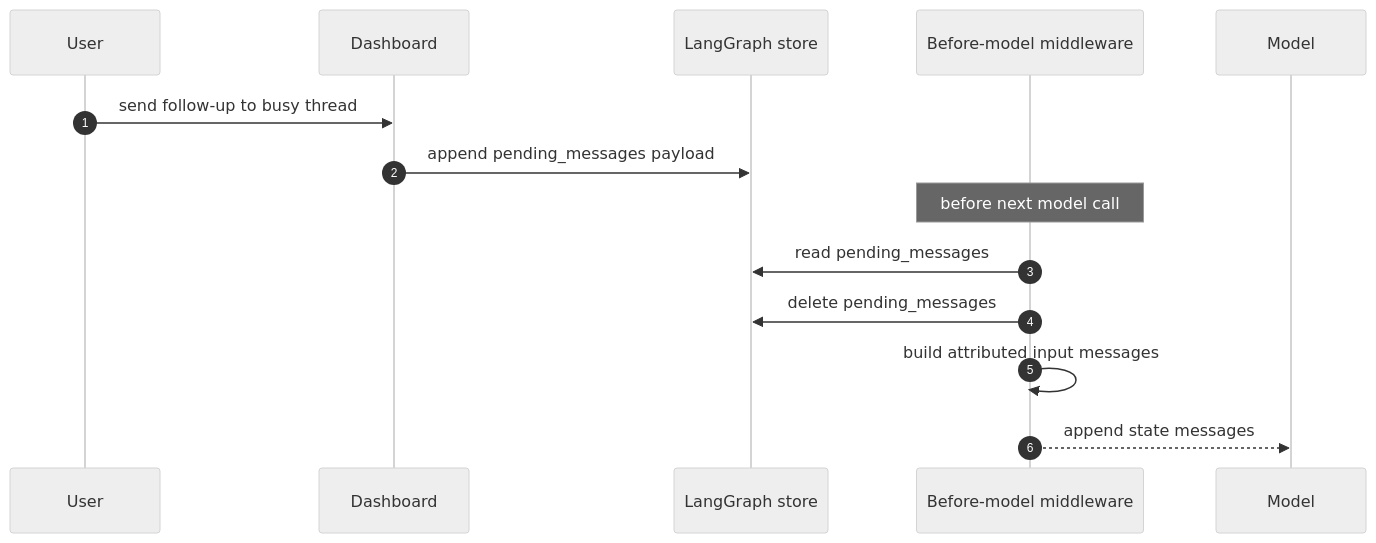
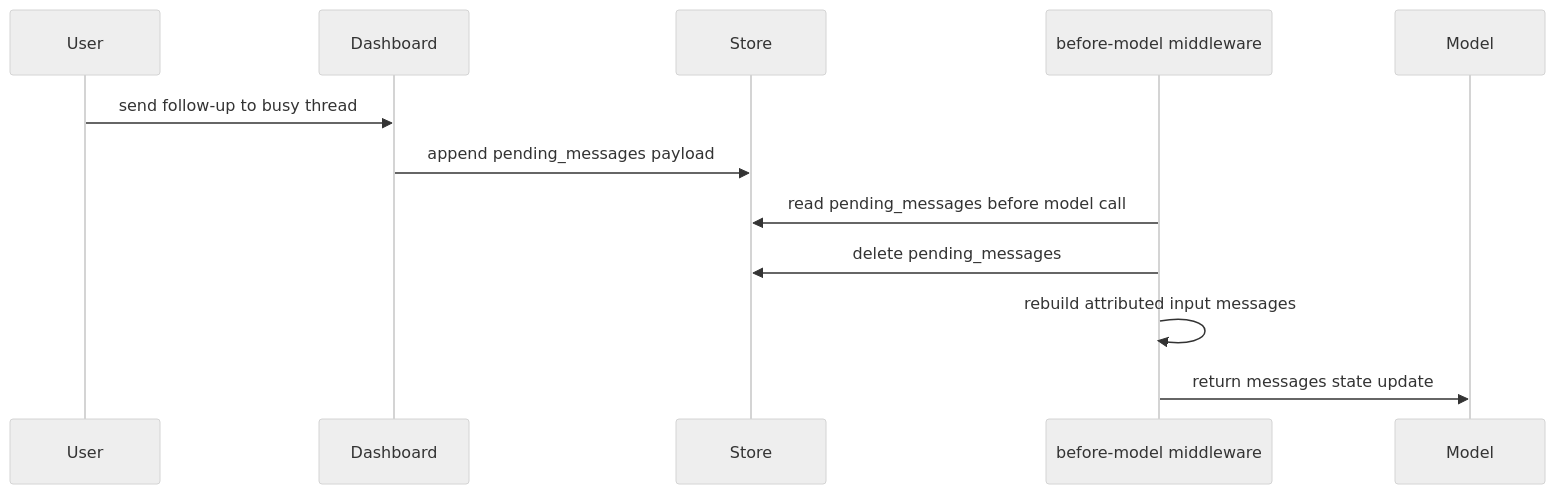
The second of 3 diagrams in openwiki/workflows/follow-up-messages.md (langchain-ai/open-swe), drawn with Mermaid (neutral theme) before and after one commit. The commit also changed other lines of this file and 51 other files, not shown here.

````diff
--- a/openwiki/workflows/follow-up-messages.md
+++ b/openwiki/workflows/follow-up-messages.md
@@ -151,17 +99,15 @@
 ```mermaid
 sequenceDiagram
-    autonumber
     participant User
     participant Dashboard
-    participant Queue as LangGraph store
-    participant Middleware as Before-model middleware
+    participant Store
+    participant Middleware as before-model middleware
     participant Model
 
     User->>Dashboard: send follow-up to busy thread
-    Dashboard->>Queue: append pending_messages payload
-    Note over Middleware: before next model call
-    Middleware->>Queue: read pending_messages
-    Middleware->>Queue: delete pending_messages
-    Middleware->>Middleware: build attributed input messages
-    Middleware-->>Model: append state messages
+    Dashboard->>Store: append pending_messages payload
+    Middleware->>Store: read pending_messages before model call
+    Middleware->>Store: delete pending_messages
+    Middleware->>Middleware: rebuild attributed input messages
+    Middleware->>Model: return messages state update
 ```
````
